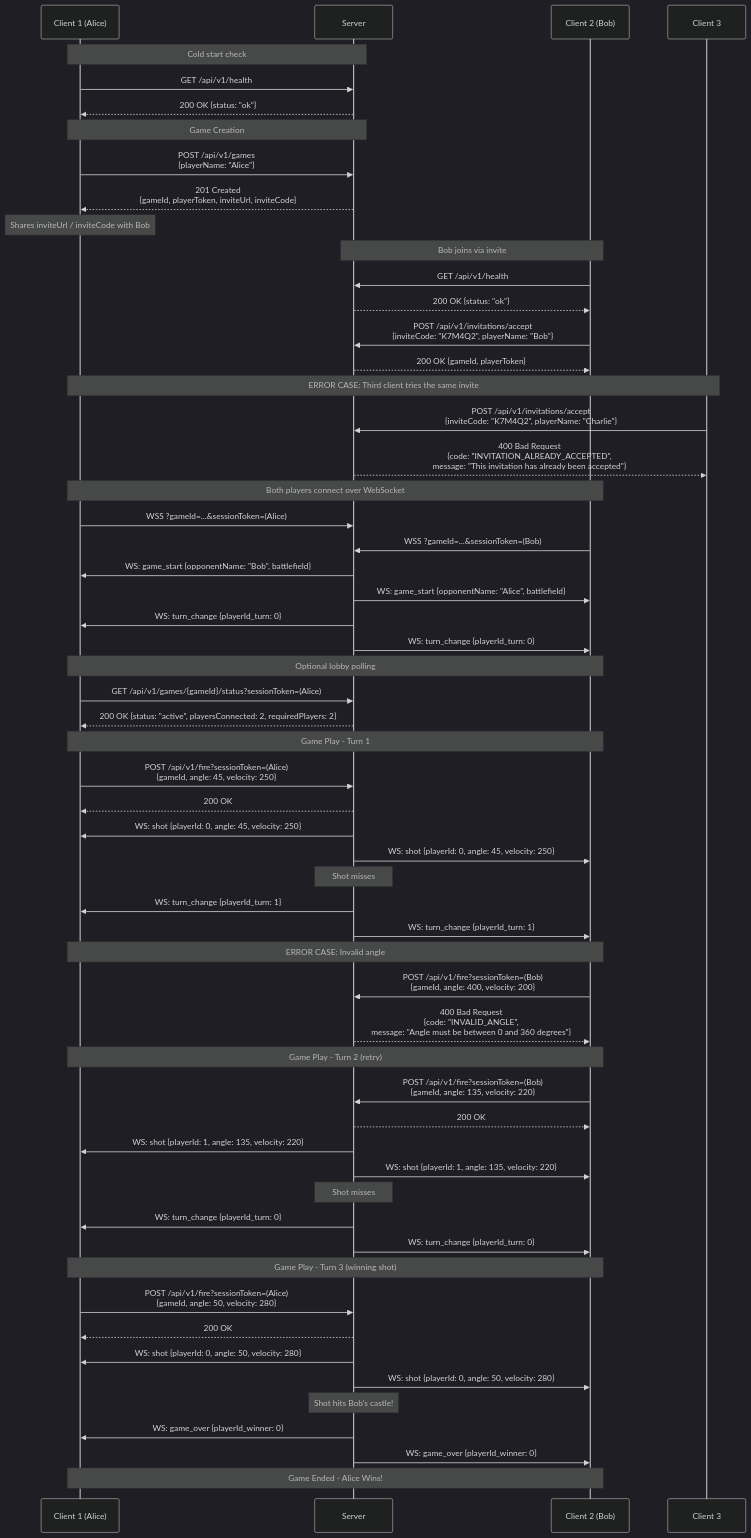
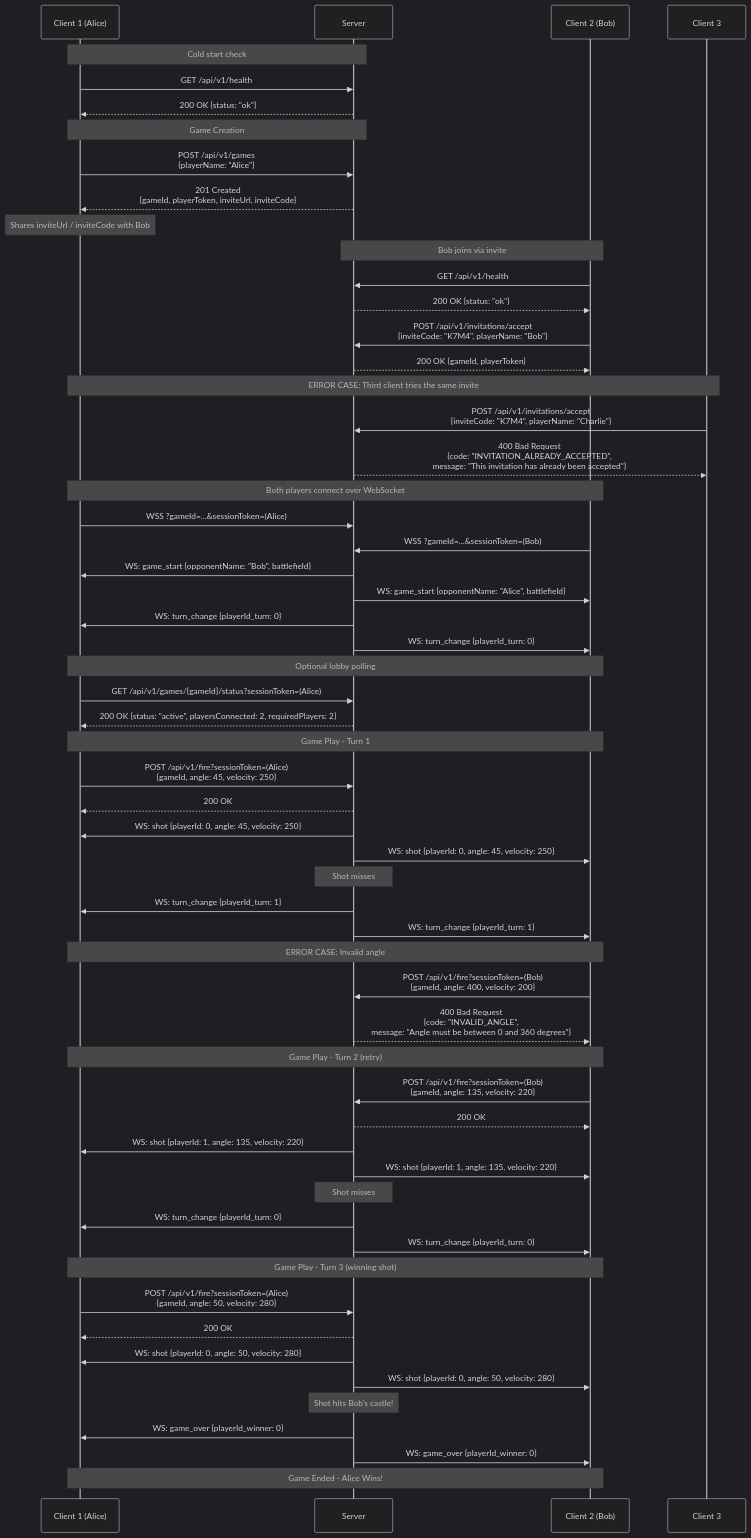
One commit to Pro-duck400/SuperArtillery changed the diagram in docs/api/API.md. Above: the diagram before and after it, drawn with Mermaid (dark theme). The commit also changed other lines of this file and 19 other files, not shown here.

````diff
--- a/docs/api/API.md
+++ b/docs/api/API.md
@@ -197,71 +197,71 @@
 ```mermaid
 sequenceDiagram
     participant C1 as Client 1 (Alice)
     participant Server
     participant C2 as Client 2 (Bob)
     participant C3 as Client 3
 
     Note over C1,Server: Cold start check
     C1->>Server: GET /api/v1/health
     Server-->>C1: 200 OK {status: "ok"}
 
     Note over C1,Server: Game Creation
     C1->>Server: POST /api/v1/games<br/>{playerName: "Alice"}
     Server-->>C1: 201 Created<br/>{gameId, playerToken, inviteUrl, inviteCode}
     Note over C1: Shares inviteUrl / inviteCode with Bob
 
     Note over C2,Server: Bob joins via invite
     C2->>Server: GET /api/v1/health
     Server-->>C2: 200 OK {status: "ok"}
-    C2->>Server: POST /api/v1/invitations/accept<br/>{inviteCode: "K7M4Q2", playerName: "Bob"}
+    C2->>Server: POST /api/v1/invitations/accept<br/>{inviteCode: "K7M4", playerName: "Bob"}
     Server-->>C2: 200 OK {gameId, playerToken}
 
     Note over C1,C3: ERROR CASE: Third client tries the same invite
-    C3->>Server: POST /api/v1/invitations/accept<br/>{inviteCode: "K7M4Q2", playerName: "Charlie"}
+    C3->>Server: POST /api/v1/invitations/accept<br/>{inviteCode: "K7M4", playerName: "Charlie"}
     Server-->>C3: 400 Bad Request<br/>{code: "INVITATION_ALREADY_ACCEPTED",<br/>message: "This invitation has already been accepted"}
 
     Note over C1,C2: Both players connect over WebSocket
     C1->>Server: WSS ?gameId=...&sessionToken=(Alice)
     C2->>Server: WSS ?gameId=...&sessionToken=(Bob)
     Server->>C1: WS: game_start {opponentName: "Bob", battlefield}
     Server->>C2: WS: game_start {opponentName: "Alice", battlefield}
     Server->>C1: WS: turn_change {playerId_turn: 0}
     Server->>C2: WS: turn_change {playerId_turn: 0}
 
     Note over C1,C2: Optional lobby polling
     C1->>Server: GET /api/v1/games/{gameId}/status?sessionToken=(Alice)
     Server-->>C1: 200 OK {status: "active", playersConnected: 2, requiredPlayers: 2}
 
     Note over C1,C2: Game Play - Turn 1
     C1->>Server: POST /api/v1/fire?sessionToken=(Alice)<br/>{gameId, angle: 45, velocity: 250}
     Server-->>C1: 200 OK
     Server->>C1: WS: shot {playerId: 0, angle: 45, velocity: 250}
     Server->>C2: WS: shot {playerId: 0, angle: 45, velocity: 250}
     Note over Server: Shot misses
     Server->>C1: WS: turn_change {playerId_turn: 1}
     Server->>C2: WS: turn_change {playerId_turn: 1}
 
     Note over C1,C2: ERROR CASE: Invalid angle
     C2->>Server: POST /api/v1/fire?sessionToken=(Bob)<br/>{gameId, angle: 400, velocity: 200}
     Server-->>C2: 400 Bad Request<br/>{code: "INVALID_ANGLE",<br/>message: "Angle must be between 0 and 360 degrees"}
 
     Note over C1,C2: Game Play - Turn 2 (retry)
     C2->>Server: POST /api/v1/fire?sessionToken=(Bob)<br/>{gameId, angle: 135, velocity: 220}
     Server-->>C2: 200 OK
     Server->>C1: WS: shot {playerId: 1, angle: 135, velocity: 220}
     Server->>C2: WS: shot {playerId: 1, angle: 135, velocity: 220}
     Note over Server: Shot misses
     Server->>C1: WS: turn_change {playerId_turn: 0}
     Server->>C2: WS: turn_change {playerId_turn: 0}
 
     Note over C1,C2: Game Play - Turn 3 (winning shot)
     C1->>Server: POST /api/v1/fire?sessionToken=(Alice)<br/>{gameId, angle: 50, velocity: 280}
     Server-->>C1: 200 OK
     Server->>C1: WS: shot {playerId: 0, angle: 50, velocity: 280}
     Server->>C2: WS: shot {playerId: 0, angle: 50, velocity: 280}
     Note over Server: Shot hits Bob's castle!
     Server->>C1: WS: game_over {playerId_winner: 0}
     Server->>C2: WS: game_over {playerId_winner: 0}
 
     Note over C1,C2: Game Ended - Alice Wins!
 ```
````
